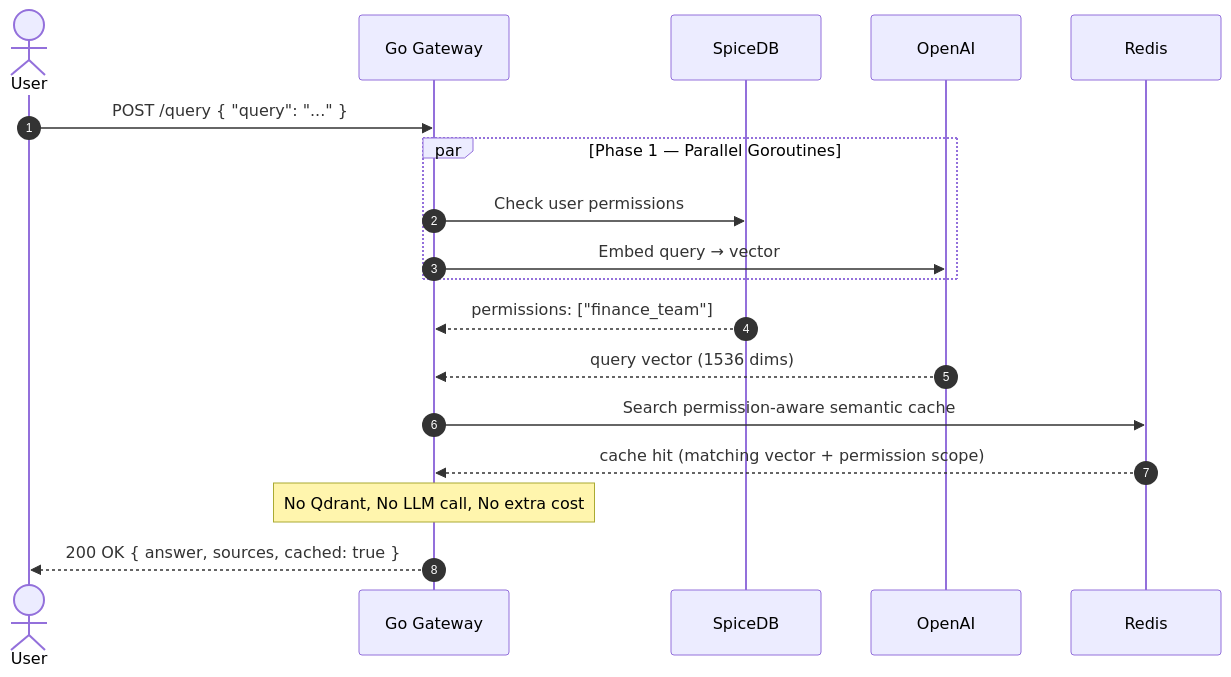
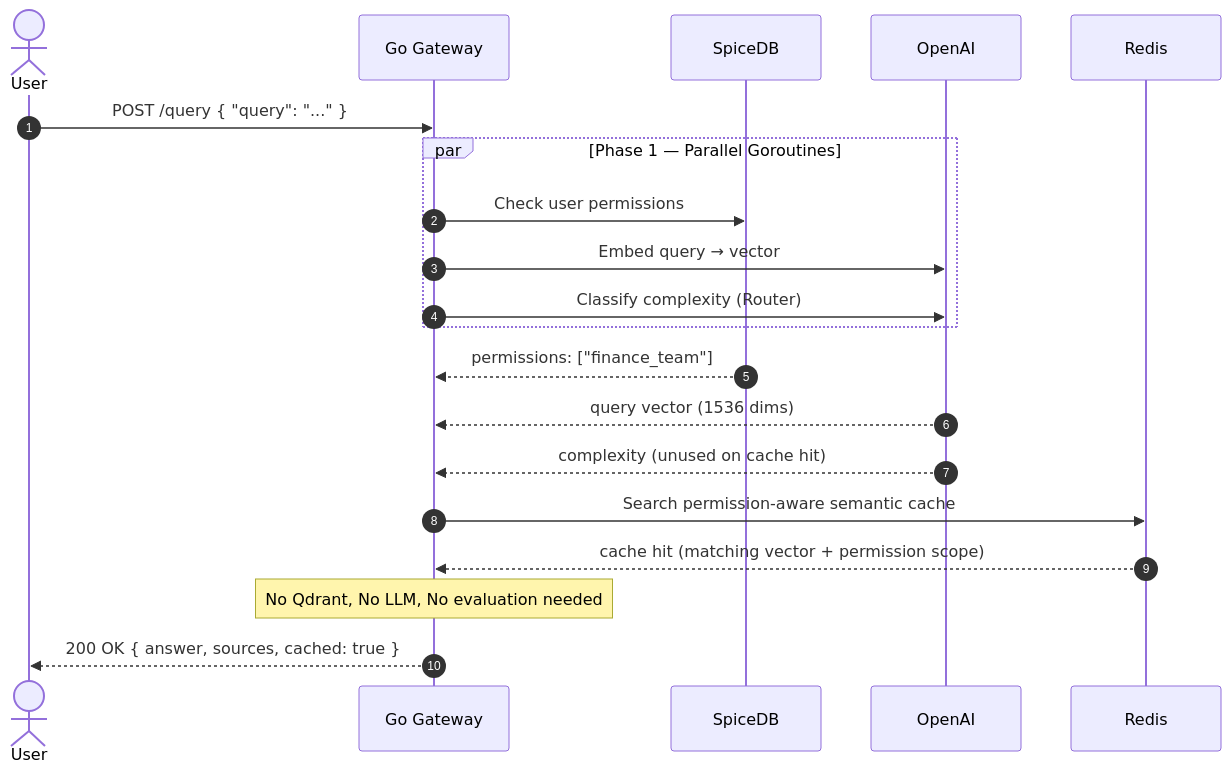
One commit to samuelferpim/sp-rag changed the fourth of 7 diagrams in docs/architecture.md. Above: the diagram before and after it, drawn with Mermaid. The commit also changed other lines of this file and 9 other files, not shown here.

Commit message:
feat: enhance API response with grounding and timing details, update documentation and architecture diagrams

````diff
--- a/docs/architecture.md
+++ b/docs/architecture.md
@@ -141,26 +150,28 @@
 ```mermaid
 sequenceDiagram
     autonumber
     actor User
     participant Go as Go Gateway
     participant AuthZ as SpiceDB
     participant AI as OpenAI
     participant Cache as Redis
 
     User->>Go: POST /query { "query": "..." }
 
     par Phase 1 — Parallel Goroutines
         Go->>AuthZ: Check user permissions
         Go->>AI: Embed query → vector
+        Go->>AI: Classify complexity (Router)
     end
 
     AuthZ-->>Go: permissions: ["finance_team"]
     AI-->>Go: query vector (1536 dims)
+    AI-->>Go: complexity (unused on cache hit)
 
     Go->>Cache: Search permission-aware semantic cache
     Cache-->>Go: cache hit (matching vector + permission scope)
 
-    Note over Go: No Qdrant, No LLM call, No extra cost
+    Note over Go: No Qdrant, No LLM, No evaluation needed
 
     Go-->>User: 200 OK { answer, sources, cached: true }
 ```
````
